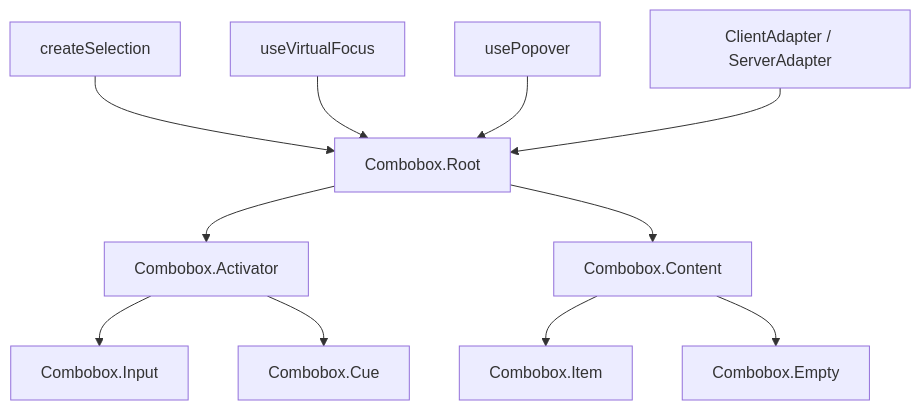
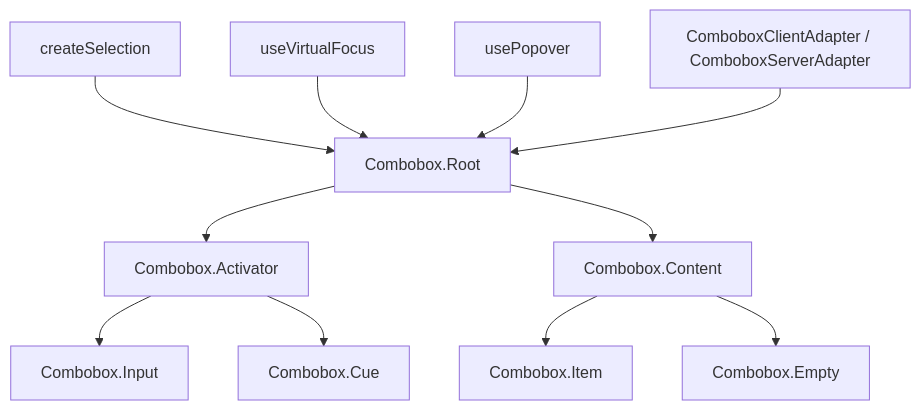
Before and after one commit to vuetifyjs/0: the diagram in apps/docs/src/pages/components/forms/combobox.md, drawn with Mermaid. The commit also changed other lines of this file and 4 other files, not shown here.

First line of the commit message:
fix(createCombobox): namespace adapter exports to avoid DataTable conflicts

````diff
--- a/apps/docs/src/pages/components/forms/combobox.md
+++ b/apps/docs/src/pages/components/forms/combobox.md
@@ -60,25 +60,25 @@
 ```mermaid "Combobox Architecture"
 flowchart TD
   CreateSelection["createSelection"]
   UseVirtualFocus["useVirtualFocus"]
   UsePopover["usePopover"]
-  Adapter["ClientAdapter / ServerAdapter"]
+  Adapter["ComboboxClientAdapter / ComboboxServerAdapter"]
   Root["Combobox.Root"]:::primary
   Activator["Combobox.Activator"]
   Input["Combobox.Input"]
   Cue["Combobox.Cue"]
   Content["Combobox.Content"]
   Item["Combobox.Item"]
   Empty["Combobox.Empty"]
 
   CreateSelection --> Root
   UseVirtualFocus --> Root
   UsePopover --> Root
   Adapter --> Root
   Root --> Activator
   Root --> Content
   Activator --> Input
   Activator --> Cue
   Content --> Item
   Content --> Empty
 ```
````
